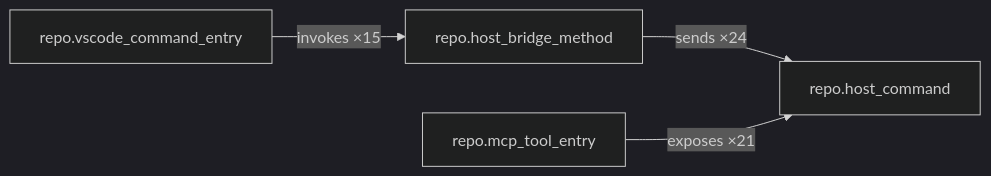
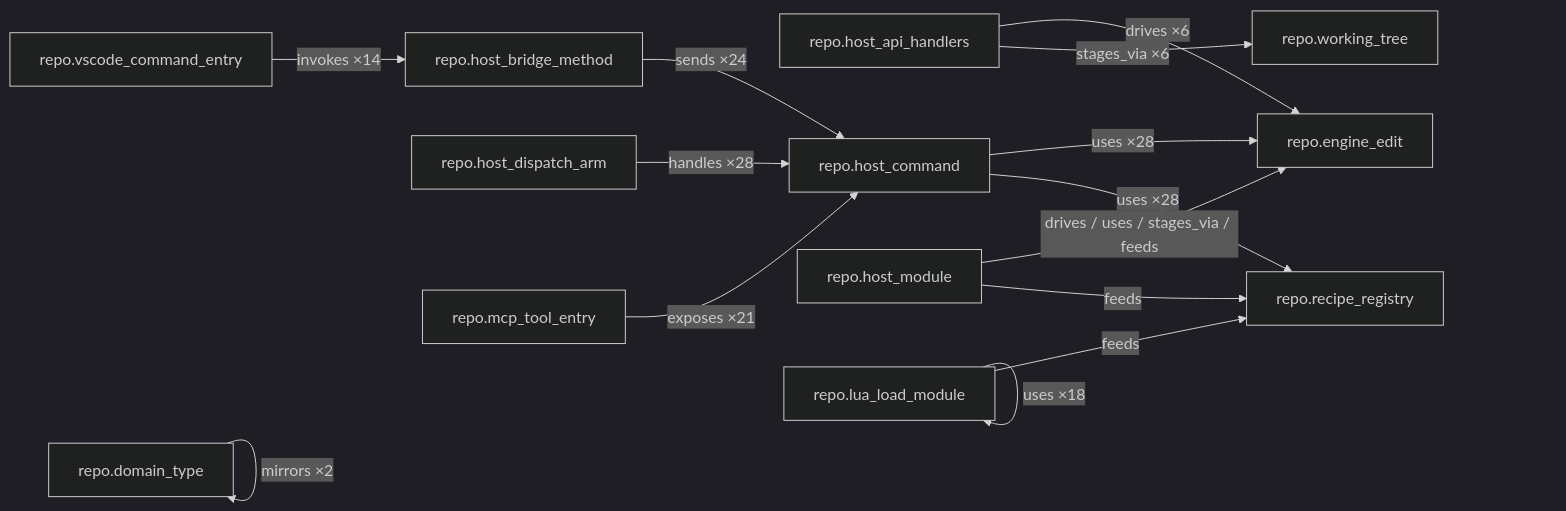
Before and after one commit to c4rl2s0n/CodemodRecipe: the first of 2 diagrams in docs/develop/05_dogfood/04_architecture_graph.md, drawn with Mermaid (dark theme). The commit also changed other lines of this file and 87 other files, not shown here.

````diff
--- a/docs/develop/05_dogfood/04_architecture_graph.md
+++ b/docs/develop/05_dogfood/04_architecture_graph.md
@@ -19,6 +19,16 @@
 ```mermaid
 graph LR
+  repo_domain_type["repo.domain_type"] -- "mirrors ×2" --> repo_domain_type
+  repo_host_api_handlers["repo.host_api_handlers"] -- "drives ×6" --> repo_engine_edit["repo.engine_edit"]
+  repo_host_api_handlers -- "stages_via ×6" --> repo_working_tree["repo.working_tree"]
   repo_host_bridge_method["repo.host_bridge_method"] -- "sends ×24" --> repo_host_command["repo.host_command"]
-  repo_mcp_tool_entry["repo.mcp_tool_entry"] -- "exposes ×21" --> repo_host_command["repo.host_command"]
-  repo_vscode_command_entry["repo.vscode_command_entry"] -- "invokes ×15" --> repo_host_bridge_method["repo.host_bridge_method"]
+  repo_host_command -- "uses ×28" --> repo_engine_edit
+  repo_host_command -- "uses ×28" --> repo_recipe_registry["repo.recipe_registry"]
+  repo_host_dispatch_arm["repo.host_dispatch_arm"] -- "handles ×28" --> repo_host_command
+  repo_host_module["repo.host_module"] -- "drives / uses / stages_via / feeds" --> repo_engine_edit
+  repo_host_module -- "feeds" --> repo_recipe_registry
+  repo_lua_load_module["repo.lua_load_module"] -- "feeds" --> repo_recipe_registry
+  repo_lua_load_module -- "uses ×18" --> repo_lua_load_module
+  repo_mcp_tool_entry["repo.mcp_tool_entry"] -- "exposes ×21" --> repo_host_command
+  repo_vscode_command_entry["repo.vscode_command_entry"] -- "invokes ×14" --> repo_host_bridge_method
 ```
````
